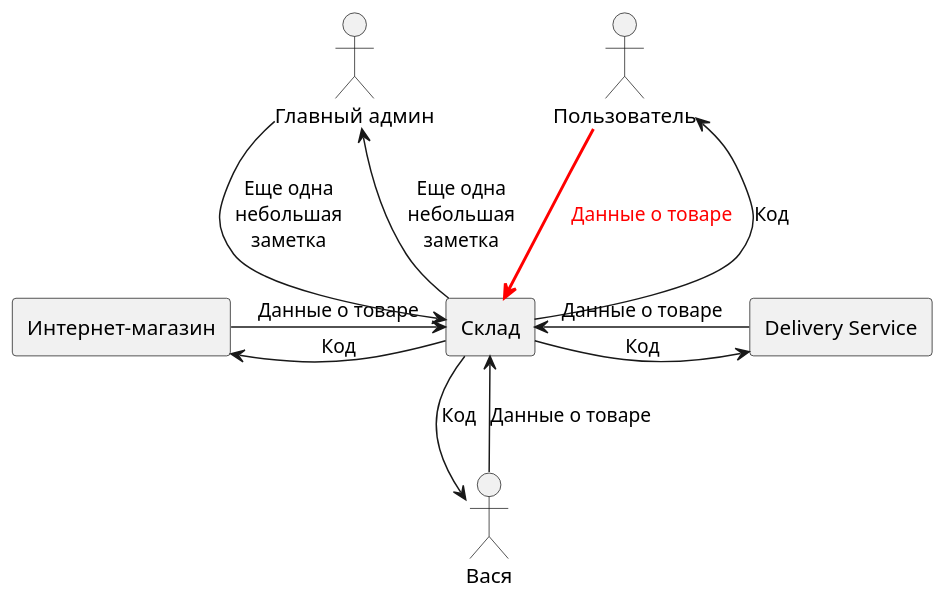
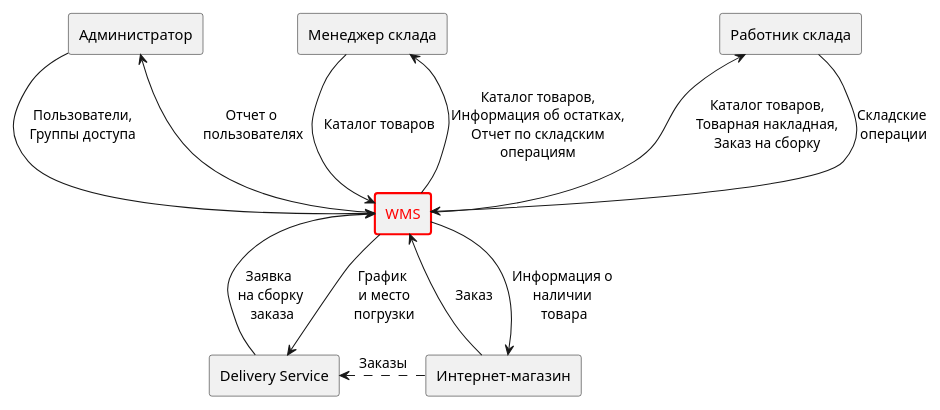
The diagram in umldia.iuml (PortnovAlex80/node_js_pro), drawn with PlantUML before and after one commit.

```diff
--- a/umldia.iuml
+++ b/umldia.iuml
@@ -1,17 +1,30 @@
 @startuml
 scale 750 width
 skinparam componentStyle rectangle
-[Склад] as WMS
+skinparam BackgroundColor transparent
 
-Пользователь -down-> WMS #line:red;line.bold;text:red  : Данные о товаре 
-WMS -up-> Пользователь : Код
-Вася --> WMS : Данные о товаре
-WMS --> Вася : Код
-[Delivery Service] -left-> WMS : Данные о товаре
-WMS -right-> [Delivery Service] : Код
-[Интернет-магазин] -right-> WMS : Данные о товаре
-WMS -left-> [Интернет-магазин] : Код
+[WMS] as WMS #line:red;line.bold;text:red
 
-:Главный админ: -down-> WMS : Еще одна\nнебольшая\nзаметка
-WMS -up-> :Главный админ:  : Еще одна\nнебольшая\nзаметка
+[Работник склада] as Employeer
+[Администратор] as Admin
+[Менеджер склада] as Mgr
+[Интернет-магазин] as IShop
+[Delivery Service] as Delivery 
+
+WMS -up-> Employeer : Каталог товаров,\nТоварная накладная,\nЗаказ на сборку
+Employeer -down-> WMS  : Складские \nоперации 
+
+Mgr -down-> WMS : Каталог товаров
+WMS -up-> Mgr : Каталог товаров,\nИнформация об остатках,\nОтчет по складским\nоперациям
+
+Admin -down-> WMS : Пользователи,\nГруппы доступа
+WMS -up-> Admin  : Отчет о \nпользователях
+
+Delivery  -up-> WMS : Заявка \nна сборку\n заказа
+WMS -down-> Delivery  : График\n и место\n погрузки
+
+IShop -up-> WMS : Заказ
+WMS -down-> IShop : Информация о \nналичии \nтовара
+
+IShop -.-left-> Delivery : Заказы
 @enduml
```
